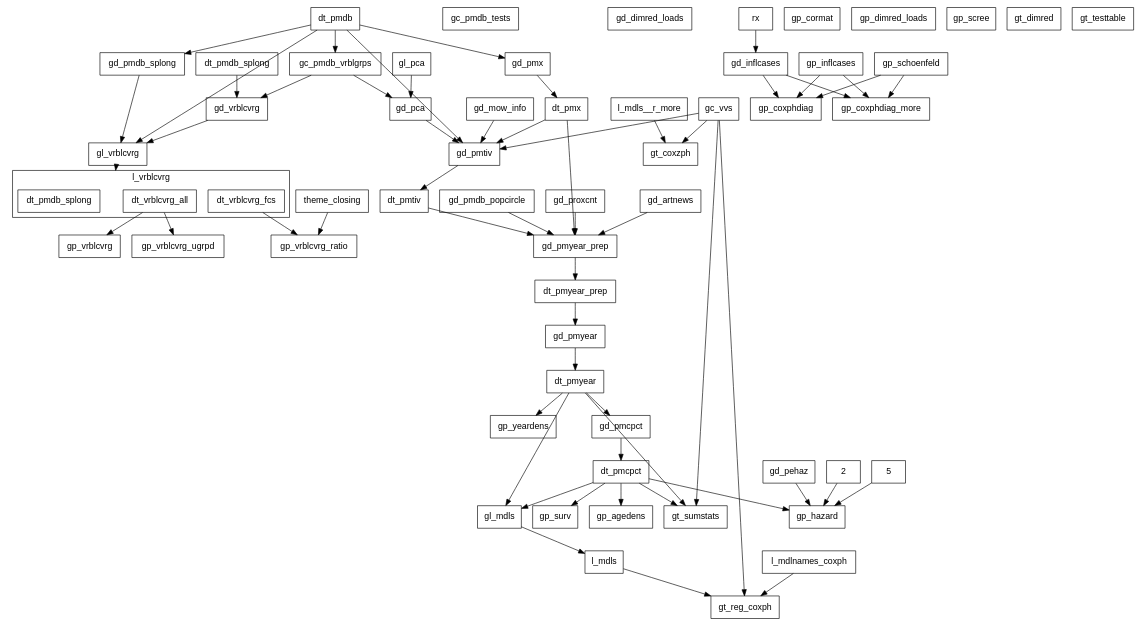
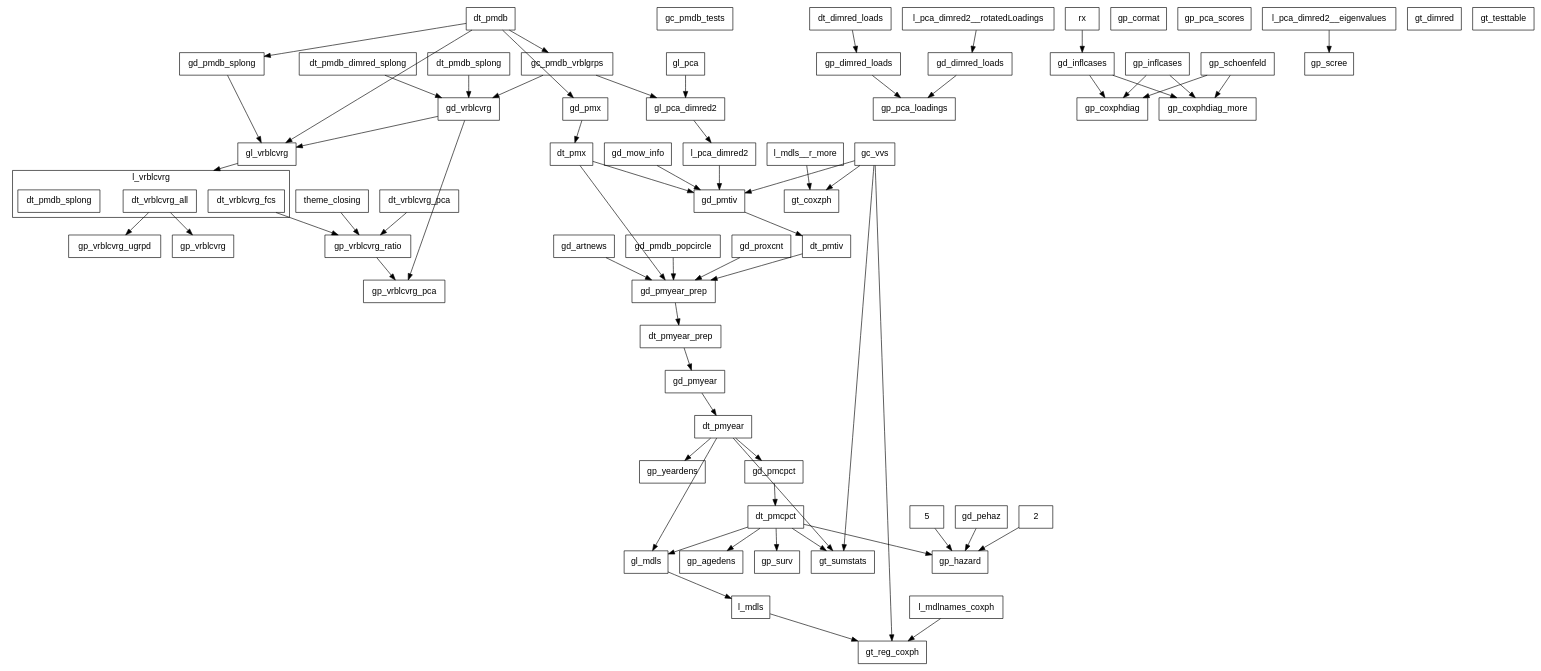
The diagram in misc/callgraph2.dot (swhalemwo/pm_closing), drawn with Graphviz before and after one commit. The commit also changed 5 other files, not shown here.

```diff
--- a/misc/callgraph2.dot
+++ b/misc/callgraph2.dot
@@ -1,124 +1,142 @@
 digraph D {
  compound = true;
  splines = false; fontname=helvetica;
  node [shape=box, fontsize = 14, fontname=helvetica];
  edge [style = solid];
  
  subgraph cluster_l_vrblcvrg {
  label = "l_vrblcvrg";
  l_vrblcvrg__dt_vrblcvrg_all [label=dt_vrblcvrg_all]; 
 l_vrblcvrg__dt_vrblcvrg_fcs [label=dt_vrblcvrg_fcs]; 
 l_vrblcvrg [label = "", color=transparent, width=0, height=0]; 
 l_vrblcvrg__dt_pmdb_splong [label=dt_pmdb_splong] 
 } 
  gc_pmdb_tests; 
 gc_pmdb_vrblgrps; 
 gc_vvs; 
 gd_artnews; 
 gd_dimred_loads; 
 gd_inflcases; 
 gd_mow_info; 
-gd_pca; 
 gd_pehaz; 
 gd_pmcpct; 
 gd_pmdb_popcircle; 
 gd_pmdb_splong; 
 gd_pmtiv; 
 gd_pmx; 
 gd_pmyear; 
 gd_pmyear_prep; 
 gd_proxcnt; 
 gd_vrblcvrg; 
 gl_mdls; 
 gl_pca; 
+gl_pca_dimred2; 
 gl_vrblcvrg; 
 gp_agedens; 
 gp_cormat; 
 gp_coxphdiag; 
 gp_coxphdiag_more; 
 gp_dimred_loads; 
 gp_hazard; 
 gp_inflcases; 
+gp_pca_loadings; 
+gp_pca_scores; 
 gp_schoenfeld; 
 gp_scree; 
 gp_surv; 
 gp_vrblcvrg; 
+gp_vrblcvrg_pca; 
 gp_vrblcvrg_ratio; 
 gp_vrblcvrg_ugrpd; 
 gp_yeardens; 
 gt_coxzph; 
 gt_dimred; 
 gt_reg_coxph; 
 gt_sumstats; 
 gt_testtable; 
 theme_closing; 
 dt_pmdb; 
 dt_pmdb_splong; 
 dt_pmx; 
+l_pca_dimred2; 
 dt_pmtiv; 
 dt_pmyear_prep; 
 dt_pmyear; 
 dt_pmcpct; 
+dt_pmdb_dimred_splong; 
+dt_vrblcvrg_pca; 
 2; 
 5; 
+l_pca_dimred2__eigenvalues; 
+l_pca_dimred2__rotatedLoadings; 
+dt_dimred_loads; 
 rx; 
 l_mdls__r_more; 
 l_mdls; 
 l_mdlnames_coxph 
  2 -> gp_hazard; 
 5 -> gp_hazard; 
+dt_dimred_loads -> gp_dimred_loads; 
 dt_pmcpct -> gl_mdls; 
 dt_pmcpct -> gp_agedens; 
 dt_pmcpct -> gp_hazard; 
 dt_pmcpct -> gp_surv; 
 dt_pmcpct -> gt_sumstats; 
 dt_pmdb -> gc_pmdb_vrblgrps; 
 dt_pmdb -> gd_pmdb_splong; 
-dt_pmdb -> gd_pmtiv; 
 dt_pmdb -> gd_pmx; 
 dt_pmdb -> gl_vrblcvrg; 
+dt_pmdb_dimred_splong -> gd_vrblcvrg; 
 dt_pmdb_splong -> gd_vrblcvrg; 
 dt_pmtiv -> gd_pmyear_prep; 
 dt_pmx -> gd_pmtiv; 
 dt_pmx -> gd_pmyear_prep; 
 dt_pmyear -> gd_pmcpct; 
 dt_pmyear -> gl_mdls; 
 dt_pmyear -> gp_yeardens; 
 dt_pmyear -> gt_sumstats; 
 dt_pmyear_prep -> gd_pmyear; 
-gc_pmdb_vrblgrps -> gd_pca; 
+dt_vrblcvrg_pca -> gp_vrblcvrg_ratio; 
 gc_pmdb_vrblgrps -> gd_vrblcvrg; 
+gc_pmdb_vrblgrps -> gl_pca_dimred2; 
 gc_vvs -> gd_pmtiv; 
 gc_vvs -> gt_coxzph; 
 gc_vvs -> gt_reg_coxph; 
 gc_vvs -> gt_sumstats; 
 gd_artnews -> gd_pmyear_prep; 
+gd_dimred_loads -> gp_pca_loadings; 
 gd_inflcases -> gp_coxphdiag; 
 gd_inflcases -> gp_coxphdiag_more; 
 gd_mow_info -> gd_pmtiv; 
-gd_pca -> gd_pmtiv; 
 gd_pehaz -> gp_hazard; 
 gd_pmcpct -> dt_pmcpct; 
 gd_pmdb_popcircle -> gd_pmyear_prep; 
 gd_pmdb_splong -> gl_vrblcvrg; 
 gd_pmtiv -> dt_pmtiv; 
 gd_pmx -> dt_pmx; 
 gd_pmyear -> dt_pmyear; 
 gd_pmyear_prep -> dt_pmyear_prep; 
 gd_proxcnt -> gd_pmyear_prep; 
 gd_vrblcvrg -> gl_vrblcvrg; 
+gd_vrblcvrg -> gp_vrblcvrg_pca; 
 gl_mdls -> l_mdls; 
-gl_pca -> gd_pca; 
+gl_pca -> gl_pca_dimred2; 
+gl_pca_dimred2 -> l_pca_dimred2; 
 gl_vrblcvrg -> l_vrblcvrg[lhead=cluster_l_vrblcvrg,ltail=gl_vrblcvrg]; 
+gp_dimred_loads -> gp_pca_loadings; 
 gp_inflcases -> gp_coxphdiag; 
 gp_inflcases -> gp_coxphdiag_more; 
 gp_schoenfeld -> gp_coxphdiag; 
 gp_schoenfeld -> gp_coxphdiag_more; 
+gp_vrblcvrg_ratio -> gp_vrblcvrg_pca; 
 l_mdlnames_coxph -> gt_reg_coxph; 
 l_mdls -> gt_reg_coxph; 
 l_mdls__r_more -> gt_coxzph; 
+l_pca_dimred2 -> gd_pmtiv; 
+l_pca_dimred2__eigenvalues -> gp_scree; 
+l_pca_dimred2__rotatedLoadings -> gd_dimred_loads; 
 l_vrblcvrg__dt_vrblcvrg_all -> gp_vrblcvrg; 
 l_vrblcvrg__dt_vrblcvrg_all -> gp_vrblcvrg_ugrpd; 
 l_vrblcvrg__dt_vrblcvrg_fcs -> gp_vrblcvrg_ratio; 
 rx -> gd_inflcases; 
 theme_closing -> gp_vrblcvrg_ratio }
```
